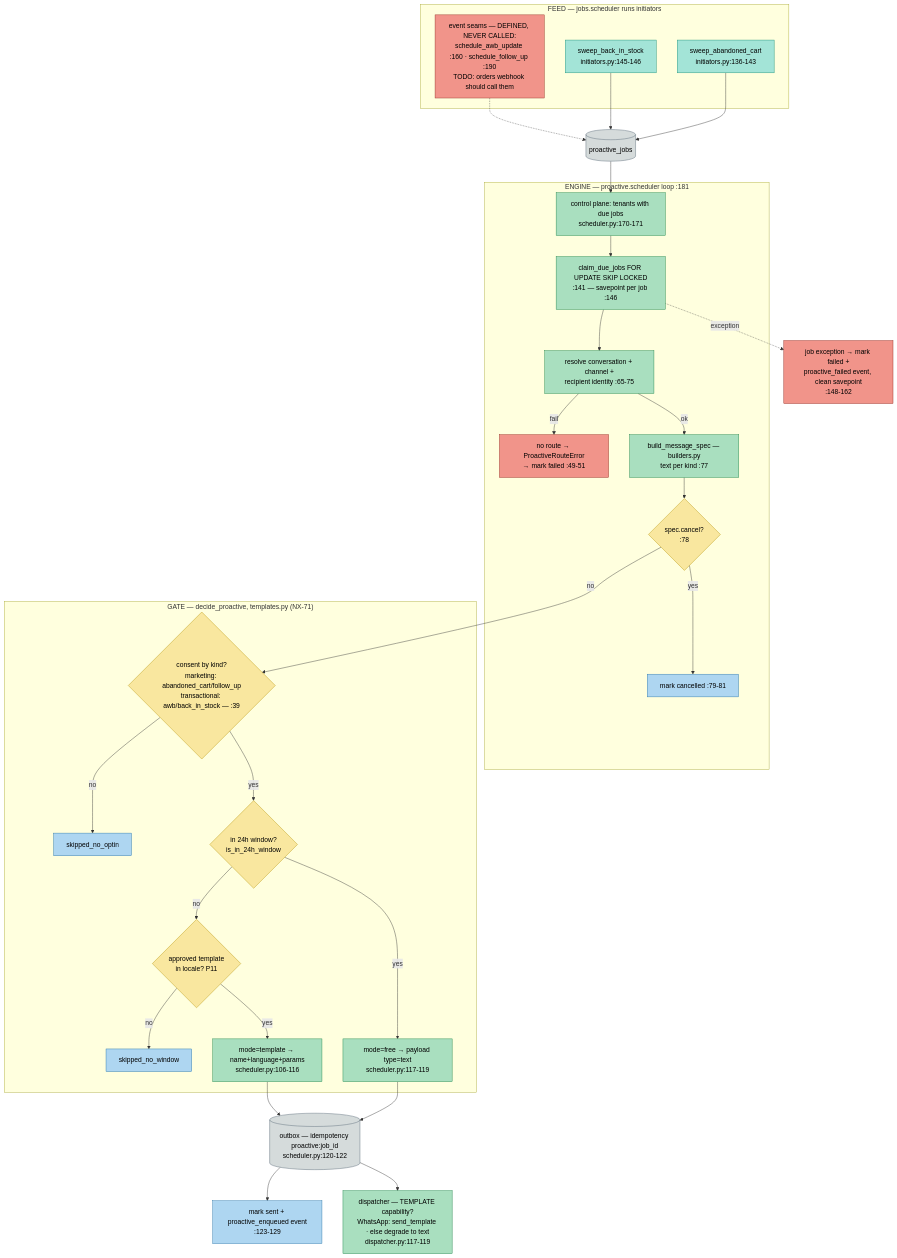
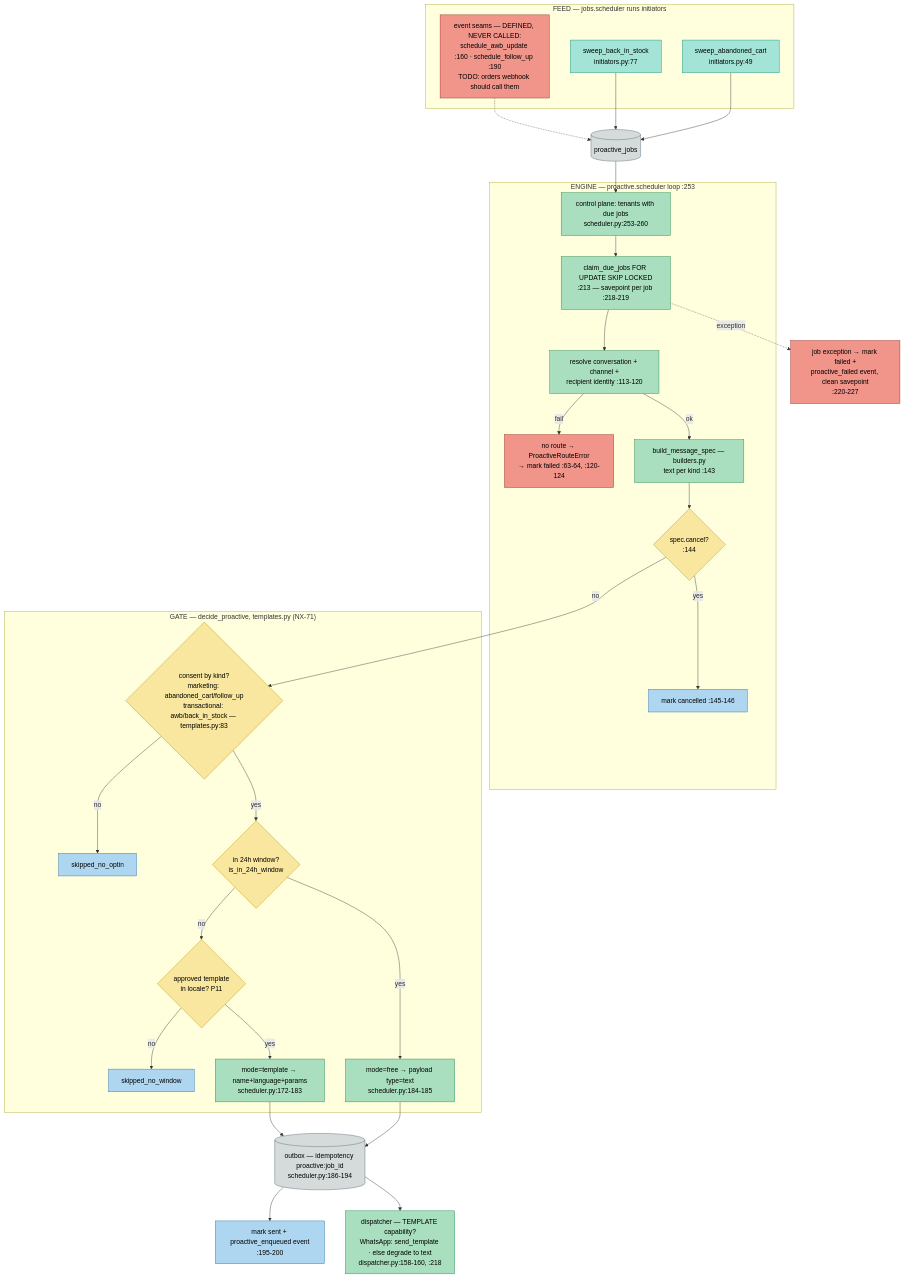
One commit to AdiBoaru/Sales-Ass changed diagram 14 of 14 in docs/ARCHITECTURE-WORKFLOWS.md. Above: the diagram before and after it, drawn with Mermaid. The commit also changed other lines of this file, not shown here.

First line of the commit message:
docs: verificare simbol-cu-simbol a diagramelor 1/2/4c/7/8/9/10 — 58 pointeri reparati

````diff
--- a/docs/ARCHITECTURE-WORKFLOWS.md
+++ b/docs/ARCHITECTURE-WORKFLOWS.md
@@ -1061,62 +1061,62 @@
 ```mermaid
 flowchart TD
   classDef dec fill:#f9e79f,stroke:#b7950b,color:#000
   classDef step fill:#a9dfbf,stroke:#1e8449,color:#000
   classDef db fill:#d5dbdb,stroke:#566573,color:#000
   classDef err fill:#f1948a,stroke:#922b21,color:#000
   classDef out fill:#aed6f1,stroke:#2874a6,color:#000
   classDef bg fill:#a3e4d7,stroke:#148f77,color:#000
 
   subgraph Feed["FEED — jobs.scheduler runs initiators"]
-    SW1["sweep_abandoned_cart<br/>initiators.py:136-143"]:::bg
-    SW2["sweep_back_in_stock<br/>initiators.py:145-146"]:::bg
+    SW1["sweep_abandoned_cart<br/>initiators.py:49"]:::bg
+    SW2["sweep_back_in_stock<br/>initiators.py:77"]:::bg
     SEAM["event seams — DEFINED, NEVER CALLED:<br/>schedule_awb_update :160 · schedule_follow_up :190<br/>TODO: orders webhook should call them"]:::err
   end
 
   PJ[("proactive_jobs")]:::db
 
-  subgraph Engine["ENGINE — proactive.scheduler loop :181"]
-    CTL["control plane: tenants with due jobs<br/>scheduler.py:170-171"]:::step
-    CLAIM["claim_due_jobs FOR UPDATE SKIP LOCKED<br/>:141 — savepoint per job :146"]:::step
-    ROUTEP["resolve conversation + channel +<br/>recipient identity :65-75"]:::step
-    RERR["no route → ProactiveRouteError<br/>→ mark failed :49-51"]:::err
-    BUILD["build_message_spec — builders.py<br/>text per kind :77"]:::step
-    CANQ{"spec.cancel?<br/>:78"}:::dec
-    CANC["mark cancelled :79-81"]:::out
+  subgraph Engine["ENGINE — proactive.scheduler loop :253"]
+    CTL["control plane: tenants with due jobs<br/>scheduler.py:253-260"]:::step
+    CLAIM["claim_due_jobs FOR UPDATE SKIP LOCKED<br/>:213 — savepoint per job :218-219"]:::step
+    ROUTEP["resolve conversation + channel +<br/>recipient identity :113-120"]:::step
+    RERR["no route → ProactiveRouteError<br/>→ mark failed :63-64, :120-124"]:::err
+    BUILD["build_message_spec — builders.py<br/>text per kind :143"]:::step
+    CANQ{"spec.cancel?<br/>:144"}:::dec
+    CANC["mark cancelled :145-146"]:::out
   end
 
   subgraph Gate["GATE — decide_proactive, templates.py (NX-71)"]
-    CONS{"consent by kind?<br/>marketing: abandoned_cart/follow_up<br/>transactional: awb/back_in_stock — :39"}:::dec
+    CONS{"consent by kind?<br/>marketing: abandoned_cart/follow_up<br/>transactional: awb/back_in_stock — templates.py:83"}:::dec
     SK1["skipped_no_optin"]:::out
     WIN{"in 24h window?<br/>is_in_24h_window"}:::dec
     TPL{"approved template<br/>in locale? P11"}:::dec
     SK2["skipped_no_window"]:::out
-    FREE["mode=free → payload type=text<br/>scheduler.py:117-119"]:::step
-    TMPL["mode=template → name+language+params<br/>scheduler.py:106-116"]:::step
+    FREE["mode=free → payload type=text<br/>scheduler.py:184-185"]:::step
+    TMPL["mode=template → name+language+params<br/>scheduler.py:172-183"]:::step
   end
 
-  OB[("outbox — idempotency proactive:job_id<br/>scheduler.py:120-122")]:::db
-  SENTP["mark sent + proactive_enqueued event<br/>:123-129"]:::out
-  FAILP["job exception → mark failed +<br/>proactive_failed event, clean savepoint<br/>:148-162"]:::err
-  DISPP["dispatcher — TEMPLATE capability?<br/>WhatsApp: send_template · else degrade to text<br/>dispatcher.py:117-119"]:::step
+  OB[("outbox — idempotency proactive:job_id<br/>scheduler.py:186-194")]:::db
+  SENTP["mark sent + proactive_enqueued event<br/>:195-200"]:::out
+  FAILP["job exception → mark failed +<br/>proactive_failed event, clean savepoint<br/>:220-227"]:::err
+  DISPP["dispatcher — TEMPLATE capability?<br/>WhatsApp: send_template · else degrade to text<br/>dispatcher.py:158-160, :218"]:::step
 
   SW1 --> PJ
   SW2 --> PJ
   SEAM -.-> PJ
   PJ --> CTL --> CLAIM --> ROUTEP
   ROUTEP -- fail --> RERR
   ROUTEP -- ok --> BUILD --> CANQ
   CANQ -- yes --> CANC
   CANQ -- no --> CONS
   CONS -- no --> SK1
   CONS -- yes --> WIN
   WIN -- yes --> FREE
   WIN -- no --> TPL
   TPL -- no --> SK2
   TPL -- yes --> TMPL
   FREE --> OB
   TMPL --> OB
   OB --> SENTP
   CLAIM -. "exception" .-> FAILP
   OB --> DISPP
 ```
````
